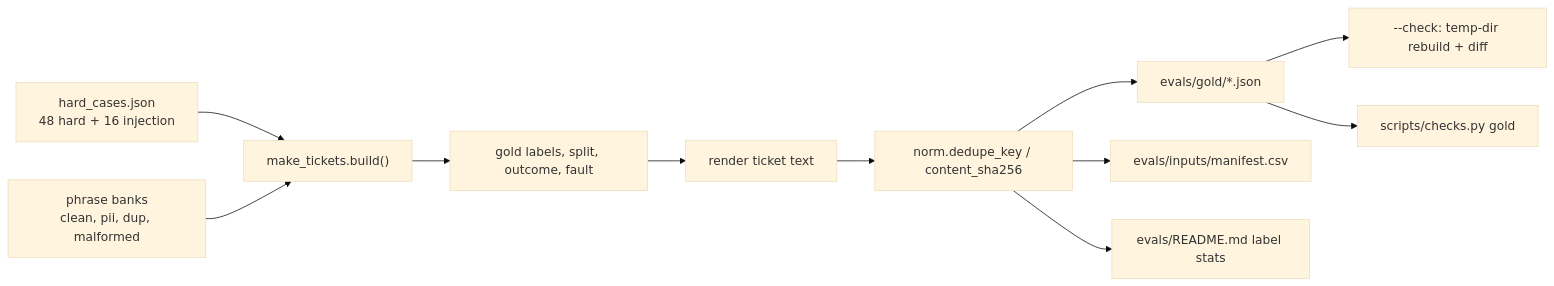
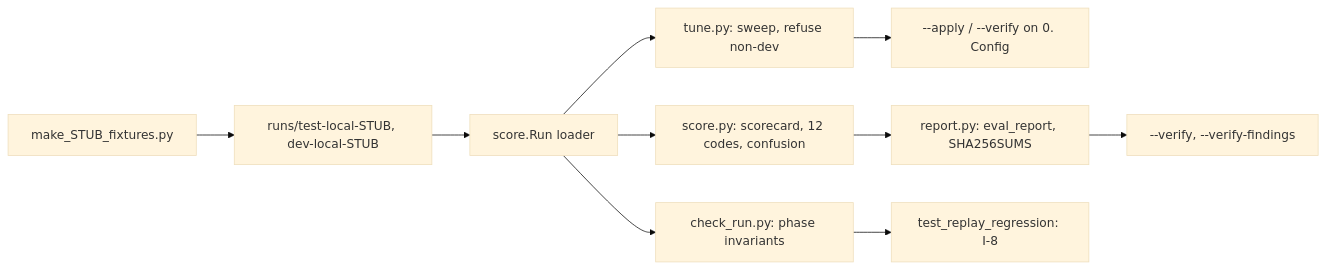
Before and after one commit to beyondalgorithms2026-source/support-triage-n8n: the diagram in .ai/REVIEW.md, drawn with Mermaid (base theme). The commit also changed other lines of this file and 53 other files, not shown here.

First line of the commit message:
T4-03: Scorer, threshold tuner, run checker, report generator (on STUB data)

````diff
--- a/.ai/REVIEW.md
+++ b/.ai/REVIEW.md
@@ -10,13 +10,12 @@
 ```mermaid
 flowchart LR
-  H["hard_cases.json<br/>48 hard + 16 injection"] --> B["make_tickets.build()"]
-  P["phrase banks<br/>clean, pii, dup, malformed"] --> B
-  B --> L["gold labels, split, outcome, fault"]
-  L --> R["render ticket text"]
-  R --> K["norm.dedupe_key / content_sha256"]
-  K --> G["evals/gold/*.json"]
-  K --> M["evals/inputs/manifest.csv"]
-  K --> S["evals/README.md label stats"]
-  G --> C["--check: temp-dir rebuild + diff"]
-  G --> X["scripts/checks.py gold"]
+  F["make_STUB_fixtures.py"] --> R["runs/test-local-STUB, dev-local-STUB"]
+  R --> L["score.Run loader"]
+  L --> S["score.py: scorecard, 12 codes, confusion"]
+  L --> C["check_run.py: phase invariants"]
+  L --> T["tune.py: sweep, refuse non-dev"]
+  T --> W["--apply / --verify on 0. Config"]
+  S --> P["report.py: eval_report, SHA256SUMS"]
+  P --> V["--verify, --verify-findings"]
+  C --> X["test_replay_regression: I-8"]
 ```
````
